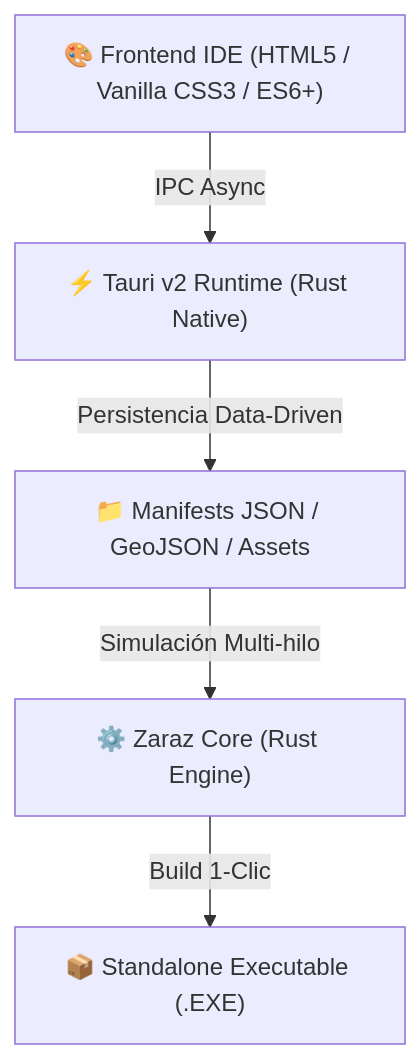
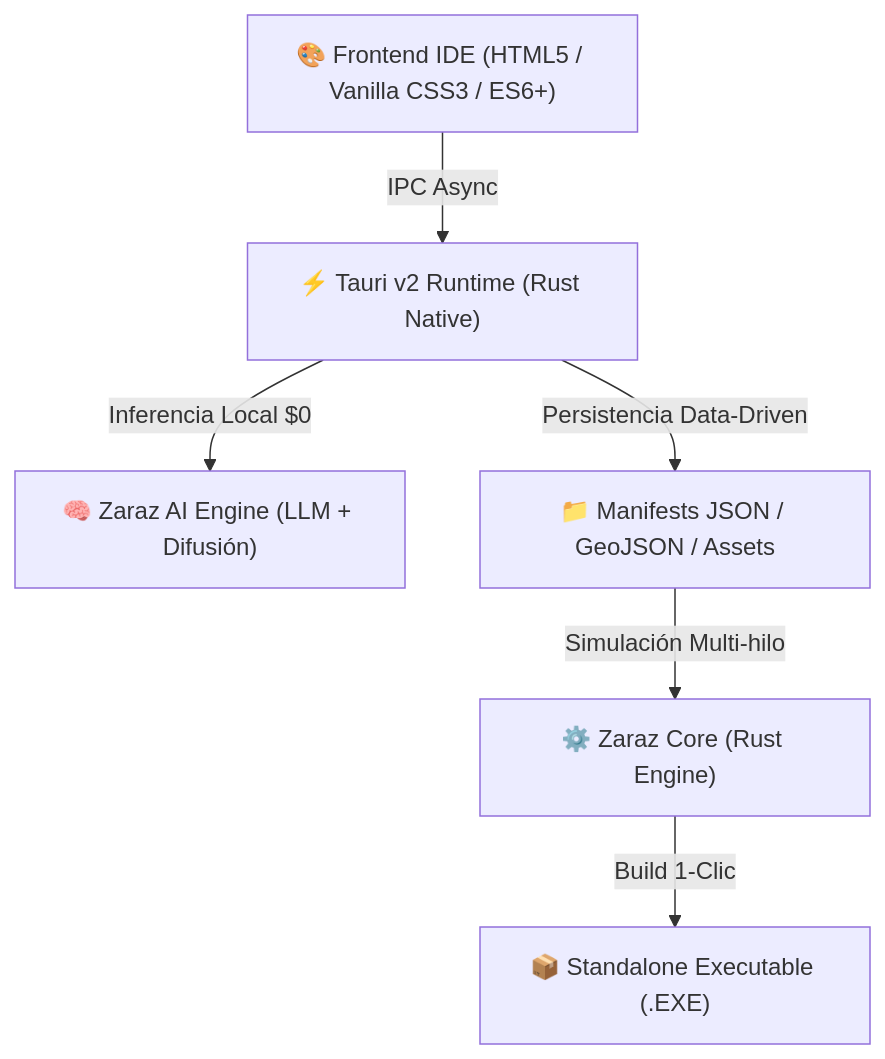
The second of 2 diagrams in README.md (yeib/ZarazMaker), drawn with Mermaid before and after one commit. The commit also changed other lines of this file, not shown here.

````diff
--- a/README.md
+++ b/README.md
@@ -33,7 +66,8 @@
 ```mermaid
 graph TD
     A["🎨 Frontend IDE (HTML5 / Vanilla CSS3 / ES6+)"] -->|IPC Async| B["⚡ Tauri v2 Runtime (Rust Native)"]
+    B -->|Inferencia Local $0| F["🧠 Zaraz AI Engine (LLM + Difusión)"]
     B -->|Persistencia Data-Driven| C["📁 Manifests JSON / GeoJSON / Assets"]
     C -->|Simulación Multi-hilo| D["⚙️ Zaraz Core (Rust Engine)"]
     D -->|Build 1-Clic| E["📦 Standalone Executable (.EXE)"]
 ```
````
